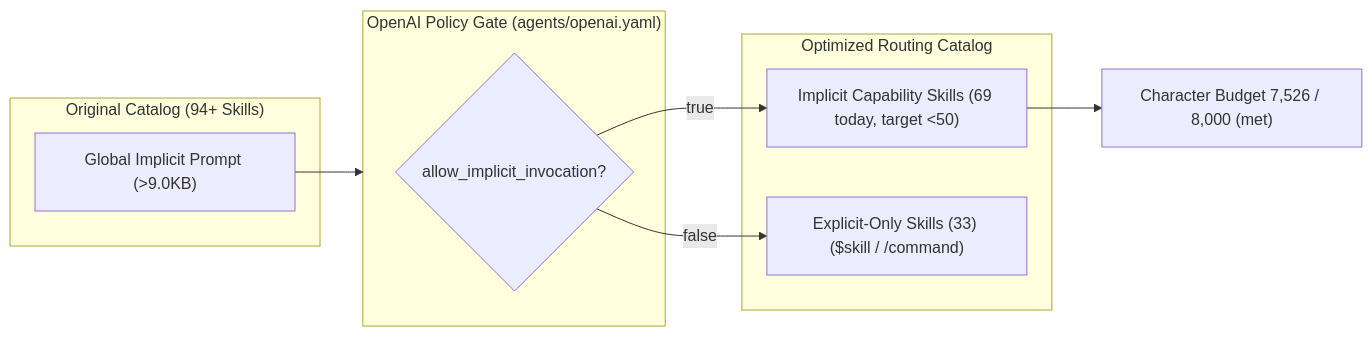
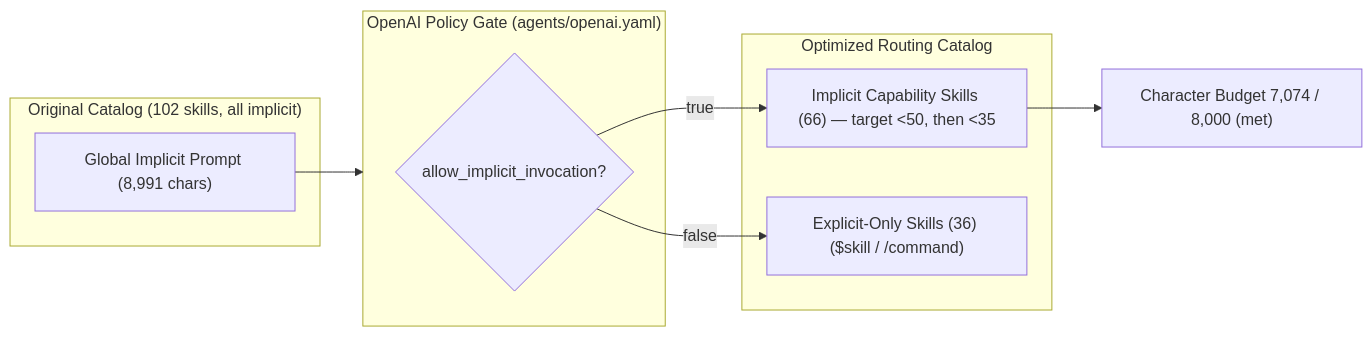
Before and after one commit to allenlin90/eridu-services: the second of 2 diagrams in docs/prd/agentic-tool-enhancement.md, drawn with Mermaid. The commit also changed other lines of this file and 1 other file, not shown here.

First line of the commit message:
docs(agents): withdraw explicit-only flips, record routing constraint (#368)

````diff
--- a/docs/prd/agentic-tool-enhancement.md
+++ b/docs/prd/agentic-tool-enhancement.md
@@ -70,20 +70,20 @@
 ```mermaid
 flowchart LR
-    subgraph RawCatalog ["Original Catalog (94+ Skills)"]
-        RawPrompt["Global Implicit Prompt (>9.0KB)"]
+    subgraph RawCatalog ["Original Catalog (102 skills, all implicit)"]
+        RawPrompt["Global Implicit Prompt (8,991 chars)"]
     end
 
     subgraph PolicyGate ["OpenAI Policy Gate (agents/openai.yaml)"]
         CheckImplicit{"allow_implicit_invocation?"}
     end
 
     subgraph FilteredCatalog ["Optimized Routing Catalog"]
-        ImplicitSkills["Implicit Capability Skills (69 today, target &lt;50)"]
-        ExplicitSkills["Explicit-Only Skills (33) ($skill / /command)"]
+        ImplicitSkills["Implicit Capability Skills (66) — target &lt;50, then &lt;35"]
+        ExplicitSkills["Explicit-Only Skills (36) ($skill / /command)"]
     end
 
     RawPrompt --> PolicyGate
     CheckImplicit -->|true| ImplicitSkills
     CheckImplicit -->|false| ExplicitSkills
-    ImplicitSkills --> BudgetCheck["Character Budget 7,526 / 8,000 (met)"]
+    ImplicitSkills --> BudgetCheck["Character Budget 7,074 / 8,000 (met)"]
 ```
````
